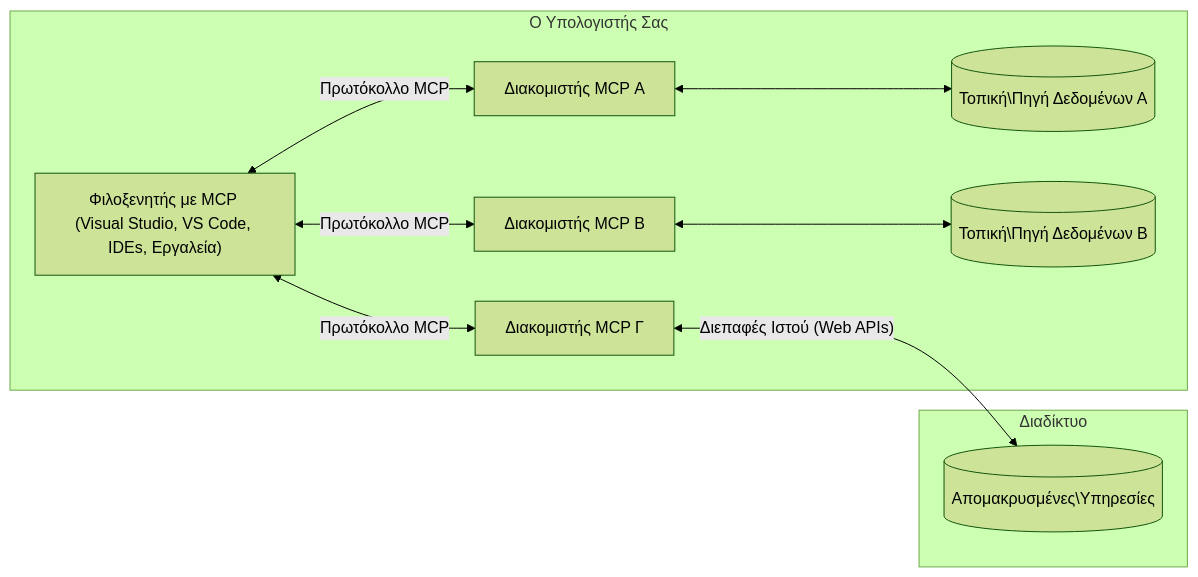
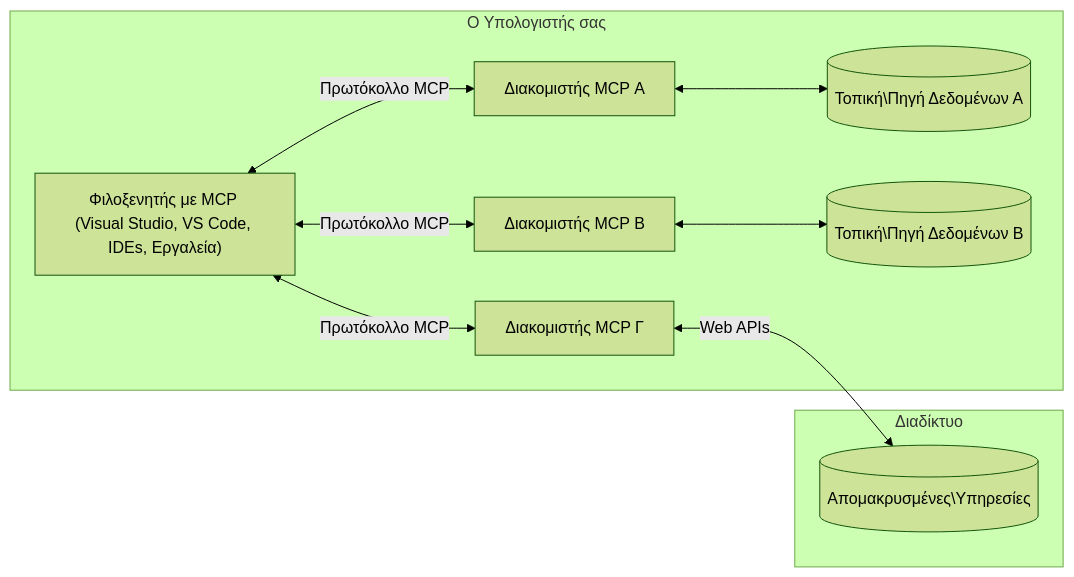
One commit to HIDORAKAI002/ai-workspace-archive changed the diagram in mcp_ecosystem__model_context_protocol/mcp_learning_resources/mcp-for-beginners/translations/el/01-CoreConcepts/README.md. Above: the diagram before and after it, drawn with Mermaid (forest theme). The commit also changed other lines of this file and 1046 other files, not shown here.

````diff
--- a/mcp_ecosystem__model_context_protocol/mcp_learning_resources/mcp-for-beginners/translations/el/01-CoreConcepts/README.md
+++ b/mcp_ecosystem__model_context_protocol/mcp_learning_resources/mcp-for-beginners/translations/el/01-CoreConcepts/README.md
@@ -45,17 +45,17 @@
 ```mermaid
 flowchart LR
-    subgraph "Ο Υπολογιστής Σας"
+    subgraph "Ο Υπολογιστής σας"
         Host["Φιλοξενητής με MCP (Visual Studio, VS Code, IDEs, Εργαλεία)"]
         S1["Διακομιστής MCP Α"]
         S2["Διακομιστής MCP Β"]
         S3["Διακομιστής MCP Γ"]
         Host <-->|"Πρωτόκολλο MCP"| S1
         Host <-->|"Πρωτόκολλο MCP"| S2
         Host <-->|"Πρωτόκολλο MCP"| S3
         S1 <--> D1[("Τοπική\Πηγή Δεδομένων Α")]
         S2 <--> D2[("Τοπική\Πηγή Δεδομένων Β")]
     end
     subgraph "Διαδίκτυο"
-        S3 <-->|"Διεπαφές Ιστού (Web APIs)"| D3[("Απομακρυσμένες\Υπηρεσίες")]
+        S3 <-->|"Web APIs"| D3[("Απομακρυσμένες\Υπηρεσίες")]
     end
 ```
````
